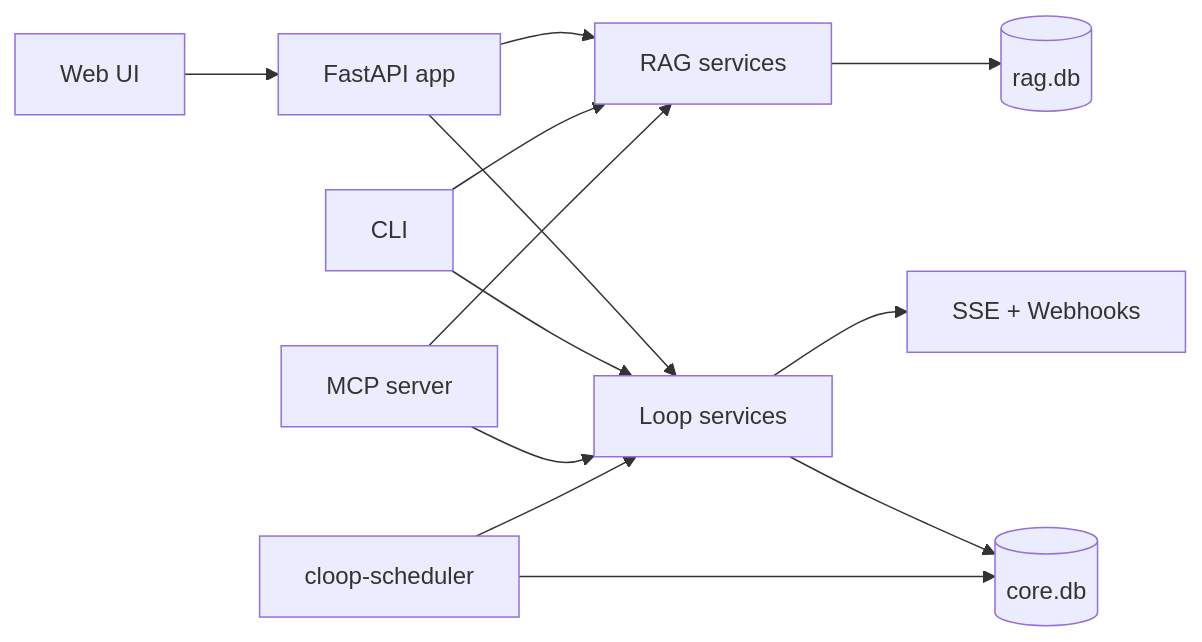
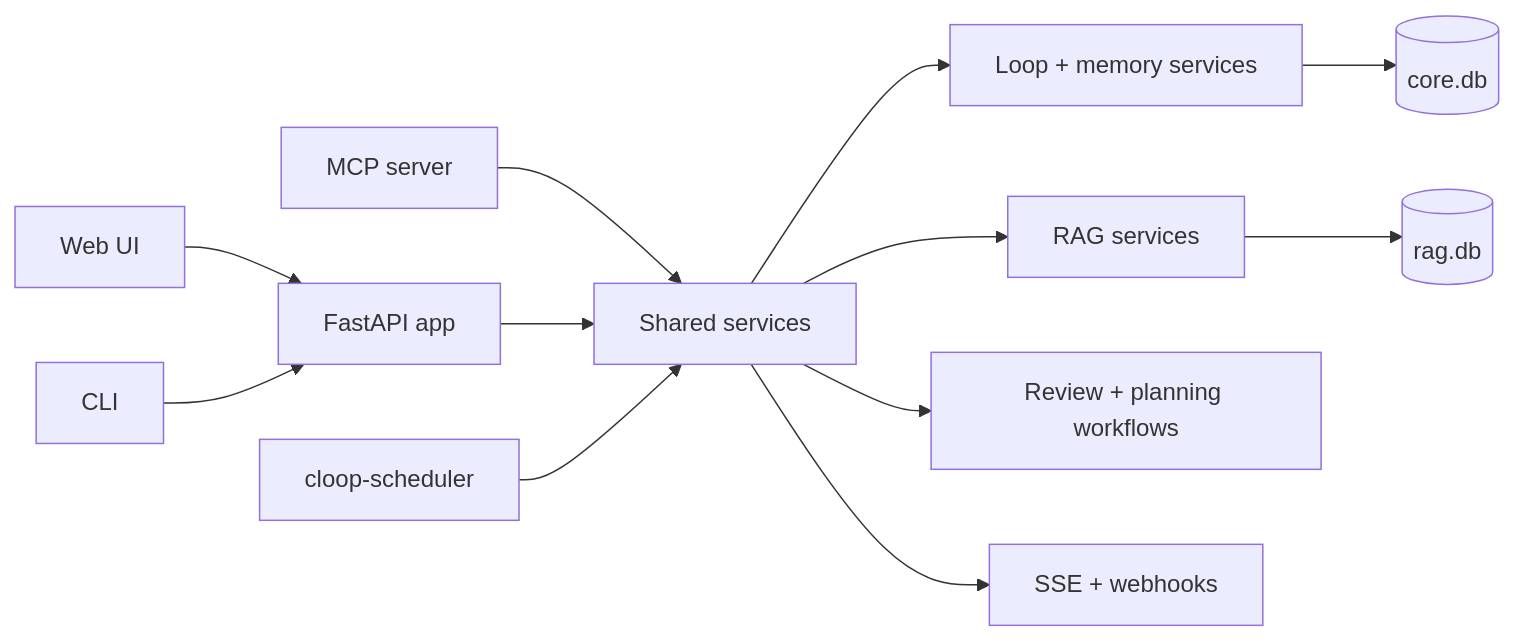
The diagram in README.md (fitchmultz/cloop), drawn with Mermaid before and after one commit. The commit also changed other lines of this file and 4 other files, not shown here.

````diff
--- a/README.md
+++ b/README.md
@@ -15,15 +124,14 @@
 ```mermaid
 flowchart LR
   UI[Web UI] --> API[FastAPI app]
-  API --> LOOPS[Loop services]
-  API --> RAG[RAG services]
-  CLI[CLI] --> LOOPS
-  CLI --> RAG
-  MCP[MCP server] --> LOOPS
-  MCP --> RAG
+  CLI[CLI] --> API
+  MCP[MCP server] --> SERVICES[Shared services]
+  API --> SERVICES
+  SERVICES --> LOOPS[Loop + memory services]
+  SERVICES --> RAG[RAG services]
+  SERVICES --> REVIEW[Review + planning workflows]
   LOOPS --> CORE[(core.db)]
   RAG --> RAGDB[(rag.db)]
-  LOOPS --> EVENTS[SSE + Webhooks]
-  SCHED[cloop-scheduler] --> LOOPS
-  SCHED --> CORE
+  SERVICES --> EVENTS[SSE + webhooks]
+  SCHED[cloop-scheduler] --> SERVICES
 ```
````
